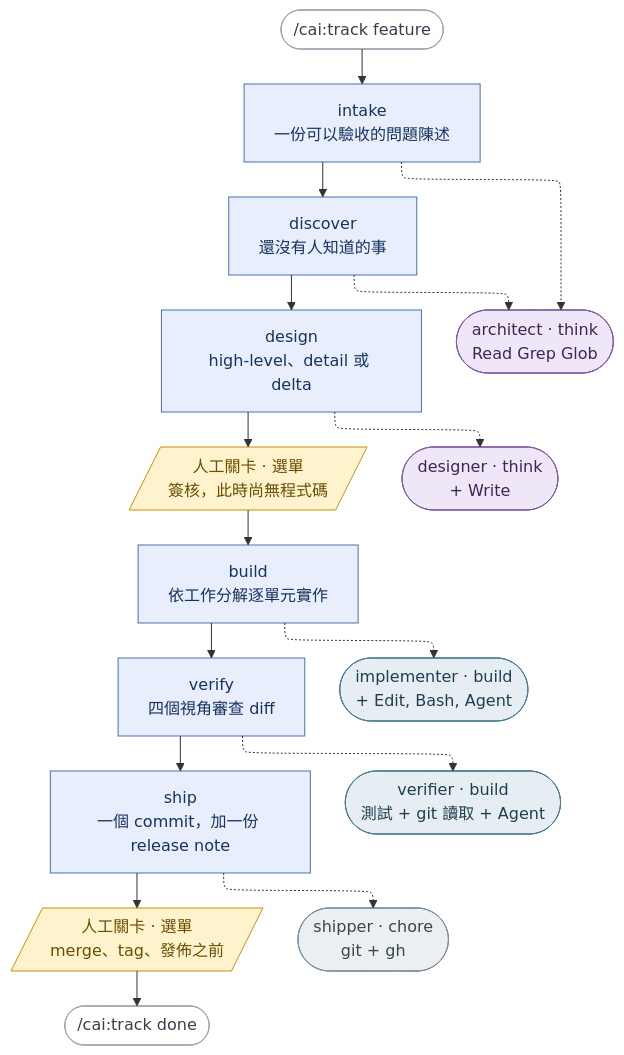
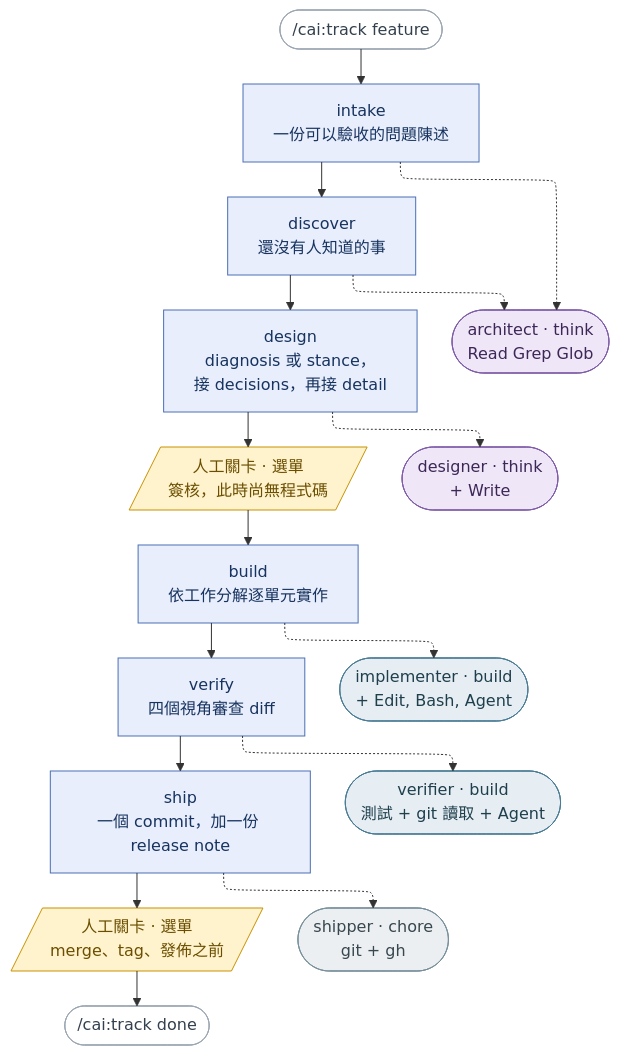
Before and after one commit to millerlai/claude-all-in-one: the diagram in README.zh-TW.md, drawn with Mermaid. The commit also changed other lines of this file and 17 other files, not shown here.

````diff
--- a/README.zh-TW.md
+++ b/README.zh-TW.md
@@ -24,45 +24,45 @@
 ```mermaid
 ---
 config:
   flowchart:
     defaultRenderer: "elk"
 ---
 flowchart TB
     START(["/cai:track feature"]) --> S1
 
     S1["intake<br/>一份可以驗收的問題陳述"] --> S2
     S2["discover<br/>還沒有人知道的事"] --> S3
-    S3["design<br/>high-level、detail 或 delta"] --> HG1
+    S3["design<br/>diagnosis 或 stance，<br/>接 decisions，再接 detail"] --> HG1
     HG1[/"人工關卡 · 選單<br/>簽核，此時尚無程式碼"/] --> S4
     S4["build<br/>依工作分解逐單元實作"] --> S5
     S5["verify<br/>四個視角審查 diff"] --> S6
     S6["ship<br/>一個 commit，加一份 release note"] --> HG2
     HG2[/"人工關卡 · 選單<br/>merge、tag、發佈之前"/] --> DONE(["/cai:track done"])
 
     S1 -.-> AR
     S2 -.-> AR
     S3 -.-> DE
     S4 -.-> IM
     S5 -.-> VE
     S6 -.-> SH
 
     AR(["architect · think<br/>Read Grep Glob"])
     DE(["designer · think<br/>+ Write"])
     IM(["implementer · build<br/>+ Edit, Bash, Agent"])
     VE(["verifier · build<br/>測試 + git 讀取 + Agent"])
     SH(["shipper · chore<br/>git + gh"])
 
     classDef stage fill:#e8eefc,stroke:#4a6fb5,color:#17335f
     classDef human fill:#fff3cd,stroke:#c79100,color:#6b4e00
     classDef think fill:#efe6f7,stroke:#7d5ba6,color:#3d2757
     classDef build fill:#e6eef3,stroke:#4a7c94,color:#1f3f4d
     classDef chore fill:#eceff1,stroke:#78909c,color:#37474f
     classDef ends fill:#ffffff,stroke:#9aa5b1,color:#33404d
 
     class S1,S2,S3,S4,S5,S6 stage
     class HG1,HG2 human
     class AR,DE think
     class IM,VE build
     class SH chore
     class START,DONE ends
 ```
````
